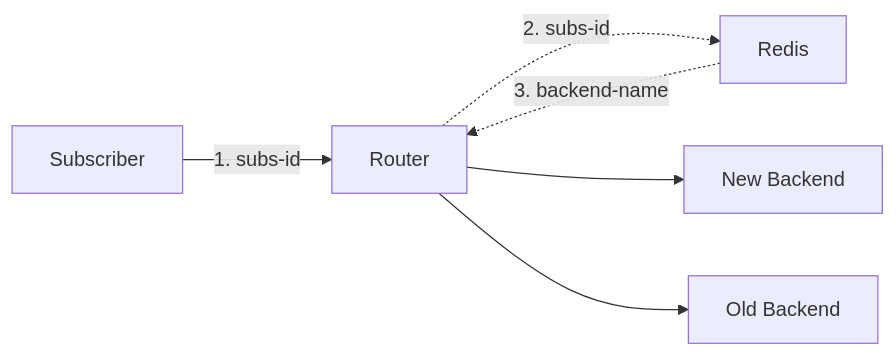
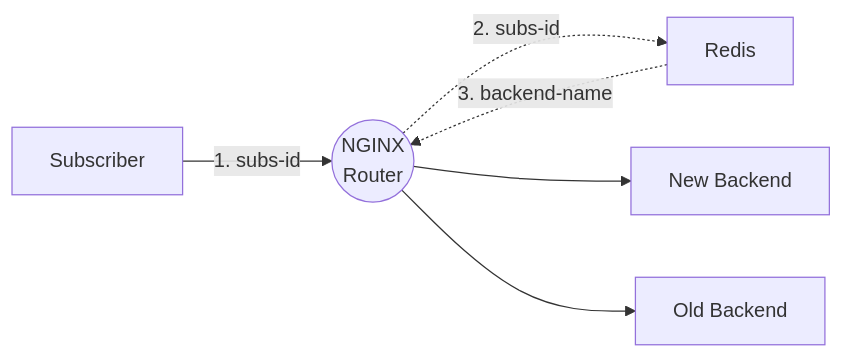
The diagram in README.md (ardhynugroho/nginx-router), drawn with Mermaid before and after one commit.

Commit message:
Update file README.md

````diff
--- a/README.md
+++ b/README.md
@@ -7,8 +7,8 @@
 ```mermaid
 flowchart LR
-  A[Subscriber] --> |1. subs-id| B[Router]
+  A[Subscriber] --> |1. subs-id| B((NGINX<br>Router))
   B -.-> |2. subs-id| C[Redis]
   C -.-> |3. backend-name| B
   B --> D[New Backend]
   B --> E[Old Backend]
 ```
````
